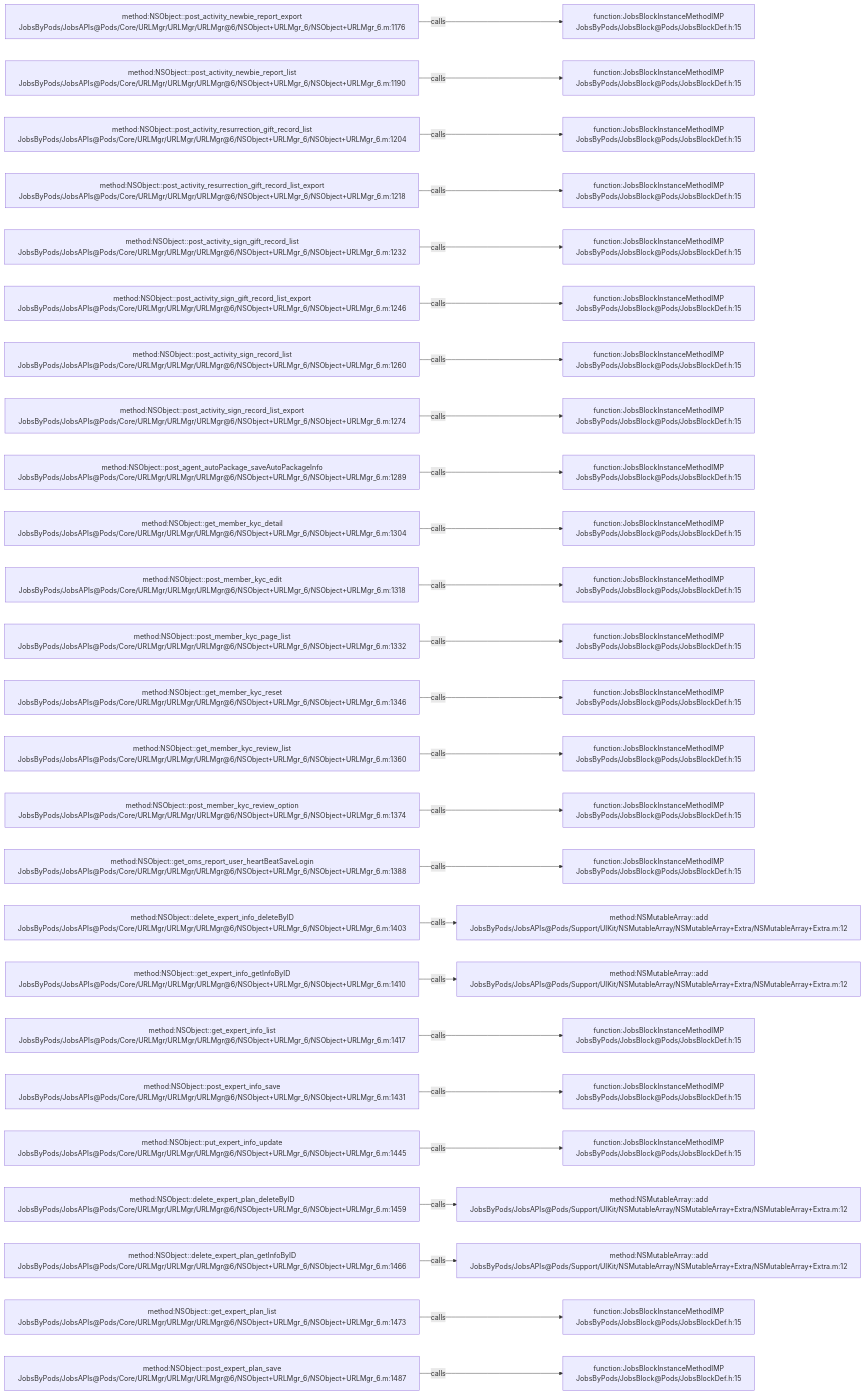
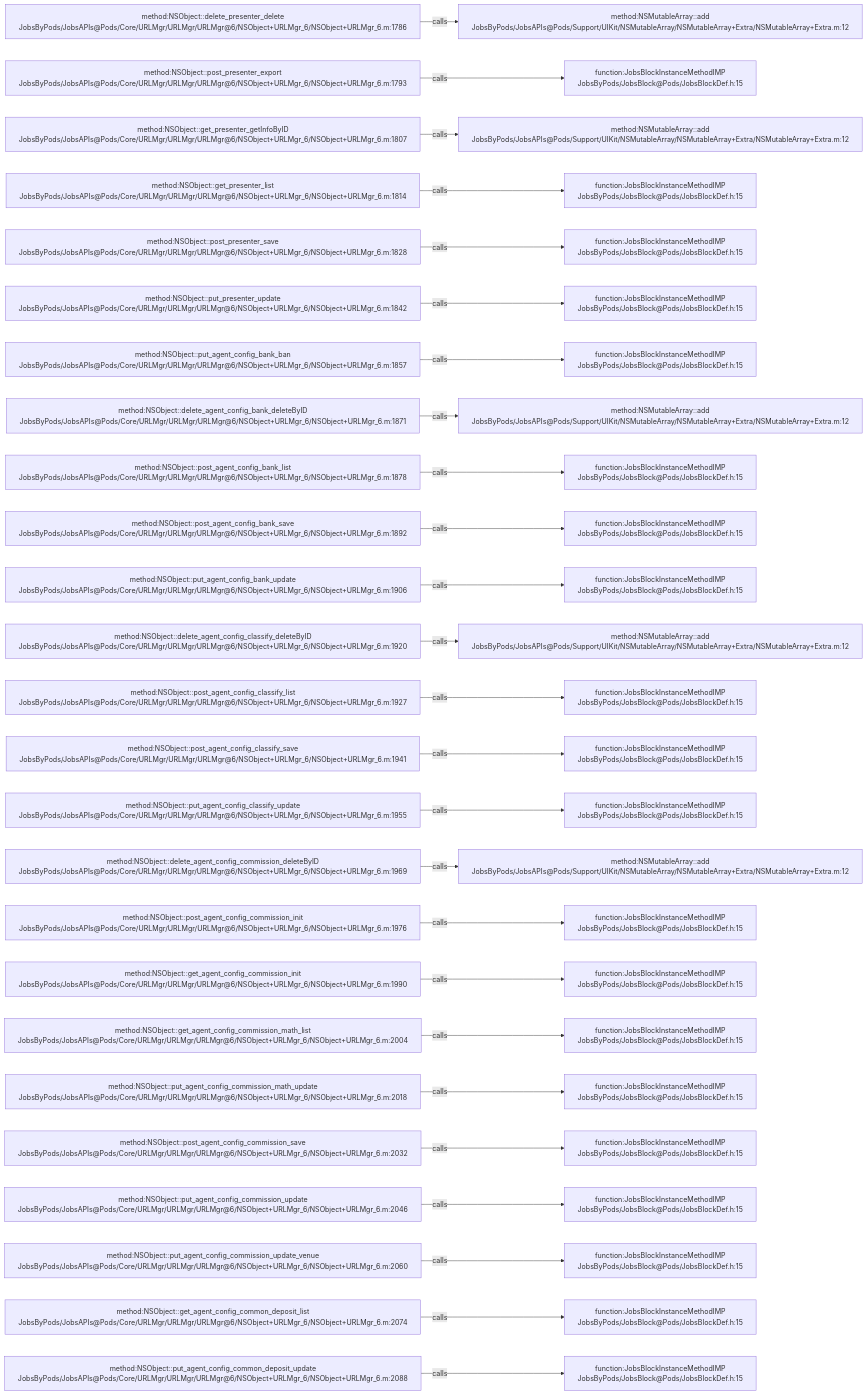
Before and after one commit to JobsKits/JobsOCBaseConfigDemo: the diagram in .codegraph/codegraph.md/graphs/calls-070.md, drawn with Mermaid. The commit also changed 223 other files, not shown here.

````diff
--- a/.codegraph/codegraph.md/graphs/calls-070.md
+++ b/.codegraph/codegraph.md/graphs/calls-070.md
@@ -13,78 +13,78 @@
 ```mermaid
 flowchart LR
-  S1["method:NSObject::post_activity_newbie_report_export<br/>JobsByPods/JobsAPIs@Pods/Core/URLMgr/URLMgr/URLMgr@6/NSObject+URLMgr_6/NSObject+URLMgr_6.m:1176"]
-  T1["function:JobsBlockInstanceMethodIMP<br/>JobsByPods/JobsBlock@Pods/JobsBlockDef.h:15"]
+  S1["method:NSObject::delete_presenter_delete<br/>JobsByPods/JobsAPIs@Pods/Core/URLMgr/URLMgr/URLMgr@6/NSObject+URLMgr_6/NSObject+URLMgr_6.m:1786"]
+  T1["method:NSMutableArray::add<br/>JobsByPods/JobsAPIs@Pods/Support/UIKit/NSMutableArray/NSMutableArray+Extra/NSMutableArray+Extra.m:12"]
   S1 -->|calls| T1
-  S2["method:NSObject::post_activity_newbie_report_list<br/>JobsByPods/JobsAPIs@Pods/Core/URLMgr/URLMgr/URLMgr@6/NSObject+URLMgr_6/NSObject+URLMgr_6.m:1190"]
+  S2["method:NSObject::post_presenter_export<br/>JobsByPods/JobsAPIs@Pods/Core/URLMgr/URLMgr/URLMgr@6/NSObject+URLMgr_6/NSObject+URLMgr_6.m:1793"]
   T2["function:JobsBlockInstanceMethodIMP<br/>JobsByPods/JobsBlock@Pods/JobsBlockDef.h:15"]
   S2 -->|calls| T2
-  S3["method:NSObject::post_activity_resurrection_gift_record_list<br/>JobsByPods/JobsAPIs@Pods/Core/URLMgr/URLMgr/URLMgr@6/NSObject+URLMgr_6/NSObject+URLMgr_6.m:1204"]
-  T3["function:JobsBlockInstanceMethodIMP<br/>JobsByPods/JobsBlock@Pods/JobsBlockDef.h:15"]
+  S3["method:NSObject::get_presenter_getInfoByID<br/>JobsByPods/JobsAPIs@Pods/Core/URLMgr/URLMgr/URLMgr@6/NSObject+URLMgr_6/NSObject+URLMgr_6.m:1807"]
+  T3["method:NSMutableArray::add<br/>JobsByPods/JobsAPIs@Pods/Support/UIKit/NSMutableArray/NSMutableArray+Extra/NSMutableArray+Extra.m:12"]
   S3 -->|calls| T3
-  S4["method:NSObject::post_activity_resurrection_gift_record_list_export<br/>JobsByPods/JobsAPIs@Pods/Core/URLMgr/URLMgr/URLMgr@6/NSObject+URLMgr_6/NSObject+URLMgr_6.m:1218"]
+  S4["method:NSObject::get_presenter_list<br/>JobsByPods/JobsAPIs@Pods/Core/URLMgr/URLMgr/URLMgr@6/NSObject+URLMgr_6/NSObject+URLMgr_6.m:1814"]
   T4["function:JobsBlockInstanceMethodIMP<br/>JobsByPods/JobsBlock@Pods/JobsBlockDef.h:15"]
   S4 -->|calls| T4
-  S5["method:NSObject::post_activity_sign_gift_record_list<br/>JobsByPods/JobsAPIs@Pods/Core/URLMgr/URLMgr/URLMgr@6/NSObject+URLMgr_6/NSObject+URLMgr_6.m:1232"]
+  S5["method:NSObject::post_presenter_save<br/>JobsByPods/JobsAPIs@Pods/Core/URLMgr/URLMgr/URLMgr@6/NSObject+URLMgr_6/NSObject+URLMgr_6.m:1828"]
   T5["function:JobsBlockInstanceMethodIMP<br/>JobsByPods/JobsBlock@Pods/JobsBlockDef.h:15"]
   S5 -->|calls| T5
-  S6["method:NSObject::post_activity_sign_gift_record_list_export<br/>JobsByPods/JobsAPIs@Pods/Core/URLMgr/URLMgr/URLMgr@6/NSObject+URLMgr_6/NSObject+URLMgr_6.m:1246"]
+  S6["method:NSObject::put_presenter_update<br/>JobsByPods/JobsAPIs@Pods/Core/URLMgr/URLMgr/URLMgr@6/NSObject+URLMgr_6/NSObject+URLMgr_6.m:1842"]
   T6["function:JobsBlockInstanceMethodIMP<br/>JobsByPods/JobsBlock@Pods/JobsBlockDef.h:15"]
   S6 -->|calls| T6
-  S7["method:NSObject::post_activity_sign_record_list<br/>JobsByPods/JobsAPIs@Pods/Core/URLMgr/URLMgr/URLMgr@6/NSObject+URLMgr_6/NSObject+URLMgr_6.m:1260"]
+  S7["method:NSObject::put_agent_config_bank_ban<br/>JobsByPods/JobsAPIs@Pods/Core/URLMgr/URLMgr/URLMgr@6/NSObject+URLMgr_6/NSObject+URLMgr_6.m:1857"]
   T7["function:JobsBlockInstanceMethodIMP<br/>JobsByPods/JobsBlock@Pods/JobsBlockDef.h:15"]
   S7 -->|calls| T7
-  S8["method:NSObject::post_activity_sign_record_list_export<br/>JobsByPods/JobsAPIs@Pods/Core/URLMgr/URLMgr/URLMgr@6/NSObject+URLMgr_6/NSObject+URLMgr_6.m:1274"]
-  T8["function:JobsBlockInstanceMethodIMP<br/>JobsByPods/JobsBlock@Pods/JobsBlockDef.h:15"]
+  S8["method:NSObject::delete_agent_config_bank_deleteByID<br/>JobsByPods/JobsAPIs@Pods/Core/URLMgr/URLMgr/URLMgr@6/NSObject+URLMgr_6/NSObject+URLMgr_6.m:1871"]
+  T8["method:NSMutableArray::add<br/>JobsByPods/JobsAPIs@Pods/Support/UIKit/NSMutableArray/NSMutableArray+Extra/NSMutableArray+Extra.m:12"]
   S8 -->|calls| T8
-  S9["method:NSObject::post_agent_autoPackage_saveAutoPackageInfo<br/>JobsByPods/JobsAPIs@Pods/Core/URLMgr/URLMgr/URLMgr@6/NSObject+URLMgr_6/NSObject+URLMgr_6.m:1289"]
+  S9["method:NSObject::post_agent_config_bank_list<br/>JobsByPods/JobsAPIs@Pods/Core/URLMgr/URLMgr/URLMgr@6/NSObject+URLMgr_6/NSObject+URLMgr_6.m:1878"]
   T9["function:JobsBlockInstanceMethodIMP<br/>JobsByPods/JobsBlock@Pods/JobsBlockDef.h:15"]
   S9 -->|calls| T9
-  S10["method:NSObject::get_member_kyc_detail<br/>JobsByPods/JobsAPIs@Pods/Core/URLMgr/URLMgr/URLMgr@6/NSObject+URLMgr_6/NSObject+URLMgr_6.m:1304"]
+  S10["method:NSObject::post_agent_config_bank_save<br/>JobsByPods/JobsAPIs@Pods/Core/URLMgr/URLMgr/URLMgr@6/NSObject+URLMgr_6/NSObject+URLMgr_6.m:1892"]
   T10["function:JobsBlockInstanceMethodIMP<br/>JobsByPods/JobsBlock@Pods/JobsBlockDef.h:15"]
   S10 -->|calls| T10
-  S11["method:NSObject::post_member_kyc_edit<br/>JobsByPods/JobsAPIs@Pods/Core/URLMgr/URLMgr/URLMgr@6/NSObject+URLMgr_6/NSObject+URLMgr_6.m:1318"]
+  S11["method:NSObject::put_agent_config_bank_update<br/>JobsByPods/JobsAPIs@Pods/Core/URLMgr/URLMgr/URLMgr@6/NSObject+URLMgr_6/NSObject+URLMgr_6.m:1906"]
   T11["function:JobsBlockInstanceMethodIMP<br/>JobsByPods/JobsBlock@Pods/JobsBlockDef.h:15"]
   S11 -->|calls| T11
-  S12["method:NSObject::post_member_kyc_page_list<br/>JobsByPods/JobsAPIs@Pods/Core/URLMgr/URLMgr/URLMgr@6/NSObject+URLMgr_6/NSObject+URLMgr_6.m:1332"]
-  T12["function:JobsBlockInstanceMethodIMP<br/>JobsByPods/JobsBlock@Pods/JobsBlockDef.h:15"]
+  S12["method:NSObject::delete_agent_config_classify_deleteByID<br/>JobsByPods/JobsAPIs@Pods/Core/URLMgr/URLMgr/URLMgr@6/NSObject+URLMgr_6/NSObject+URLMgr_6.m:1920"]
+  T12["method:NSMutableArray::add<br/>JobsByPods/JobsAPIs@Pods/Support/UIKit/NSMutableArray/NSMutableArray+Extra/NSMutableArray+Extra.m:12"]
   S12 -->|calls| T12
-  S13["method:NSObject::get_member_kyc_reset<br/>JobsByPods/JobsAPIs@Pods/Core/URLMgr/URLMgr/URLMgr@6/NSObject+URLMgr_6/NSObject+URLMgr_6.m:1346"]
+  S13["method:NSObject::post_agent_config_classify_list<br/>JobsByPods/JobsAPIs@Pods/Core/URLMgr/URLMgr/URLMgr@6/NSObject+URLMgr_6/NSObject+URLMgr_6.m:1927"]
   T13["function:JobsBlockInstanceMethodIMP<br/>JobsByPods/JobsBlock@Pods/JobsBlockDef.h:15"]
   S13 -->|calls| T13
-  S14["method:NSObject::get_member_kyc_review_list<br/>JobsByPods/JobsAPIs@Pods/Core/URLMgr/URLMgr/URLMgr@6/NSObject+URLMgr_6/NSObject+URLMgr_6.m:1360"]
+  S14["method:NSObject::post_agent_config_classify_save<br/>JobsByPods/JobsAPIs@Pods/Core/URLMgr/URLMgr/URLMgr@6/NSObject+URLMgr_6/NSObject+URLMgr_6.m:1941"]
   T14["function:JobsBlockInstanceMethodIMP<br/>JobsByPods/JobsBlock@Pods/JobsBlockDef.h:15"]
   S14 -->|calls| T14
-  S15["method:NSObject::post_member_kyc_review_option<br/>JobsByPods/JobsAPIs@Pods/Core/URLMgr/URLMgr/URLMgr@6/NSObject+URLMgr_6/NSObject+URLMgr_6.m:1374"]
+  S15["method:NSObject::put_agent_config_classify_update<br/>JobsByPods/JobsAPIs@Pods/Core/URLMgr/URLMgr/URLMgr@6/NSObject+URLMgr_6/NSObject+URLMgr_6.m:1955"]
   T15["function:JobsBlockInstanceMethodIMP<br/>JobsByPods/JobsBlock@Pods/JobsBlockDef.h:15"]
   S15 -->|calls| T15
-  S16["method:NSObject::get_oms_report_user_heartBeatSaveLogin<br/>JobsByPods/JobsAPIs@Pods/Core/URLMgr/URLMgr/URLMgr@6/NSObject+URLMgr_6/NSObject+URLMgr_6.m:1388"]
-  T16["function:JobsBlockInstanceMethodIMP<br/>JobsByPods/JobsBlock@Pods/JobsBlockDef.h:15"]
+  S16["method:NSObject::delete_agent_config_commission_deleteByID<br/>JobsByPods/JobsAPIs@Pods/Core/URLMgr/URLMgr/URLMgr@6/NSObject+URLMgr_6/NSObject+URLMgr_6.m:1969"]
+  T16["method:NSMutableArray::add<br/>JobsByPods/JobsAPIs@Pods/Support/UIKit/NSMutableArray/NSMutableArray+Extra/NSMutableArray+Extra.m:12"]
   S16 -->|calls| T16
-  S17["method:NSObject::delete_expert_info_deleteByID<br/>JobsByPods/JobsAPIs@Pods/Core/URLMgr/URLMgr/URLMgr@6/NSObject+URLMgr_6/NSObject+URLMgr_6.m:1403"]
-  T17["method:NSMutableArray::add<br/>JobsByPods/JobsAPIs@Pods/Support/UIKit/NSMutableArray/NSMutableArray+Extra/NSMutableArray+Extra.m:12"]
+  S17["method:NSObject::post_agent_config_commission_init<br/>JobsByPods/JobsAPIs@Pods/Core/URLMgr/URLMgr/URLMgr@6/NSObject+URLMgr_6/NSObject+URLMgr_6.m:1976"]
+  T17["function:JobsBlockInstanceMethodIMP<br/>JobsByPods/JobsBlock@Pods/JobsBlockDef.h:15"]
   S17 -->|calls| T17
-  S18["method:NSObject::get_expert_info_getInfoByID<br/>JobsByPods/JobsAPIs@Pods/Core/URLMgr/URLMgr/URLMgr@6/NSObject+URLMgr_6/NSObject+URLMgr_6.m:1410"]
-  T18["method:NSMutableArray::add<br/>JobsByPods/JobsAPIs@Pods/Support/UIKit/NSMutableArray/NSMutableArray+Extra/NSMutableArray+Extra.m:12"]
+  S18["method:NSObject::get_agent_config_commission_init<br/>JobsByPods/JobsAPIs@Pods/Core/URLMgr/URLMgr/URLMgr@6/NSObject+URLMgr_6/NSObject+URLMgr_6.m:1990"]
+  T18["function:JobsBlockInstanceMethodIMP<br/>JobsByPods/JobsBlock@Pods/JobsBlockDef.h:15"]
   S18 -->|calls| T18
-  S19["method:NSObject::get_expert_info_list<br/>JobsByPods/JobsAPIs@Pods/Core/URLMgr/URLMgr/URLMgr@6/NSObject+URLMgr_6/NSObject+URLMgr_6.m:1417"]
+  S19["method:NSObject::get_agent_config_commission_math_list<br/>JobsByPods/JobsAPIs@Pods/Core/URLMgr/URLMgr/URLMgr@6/NSObject+URLMgr_6/NSObject+URLMgr_6.m:2004"]
   T19["function:JobsBlockInstanceMethodIMP<br/>JobsByPods/JobsBlock@Pods/JobsBlockDef.h:15"]
   S19 -->|calls| T19
-  S20["method:NSObject::post_expert_info_save<br/>JobsByPods/JobsAPIs@Pods/Core/URLMgr/URLMgr/URLMgr@6/NSObject+URLMgr_6/NSObject+URLMgr_6.m:1431"]
+  S20["method:NSObject::put_agent_config_commission_math_update<br/>JobsByPods/JobsAPIs@Pods/Core/URLMgr/URLMgr/URLMgr@6/NSObject+URLMgr_6/NSObject+URLMgr_6.m:2018"]
   T20["function:JobsBlockInstanceMethodIMP<br/>JobsByPods/JobsBlock@Pods/JobsBlockDef.h:15"]
   S20 -->|calls| T20
-  S21["method:NSObject::put_expert_info_update<br/>JobsByPods/JobsAPIs@Pods/Core/URLMgr/URLMgr/URLMgr@6/NSObject+URLMgr_6/NSObject+URLMgr_6.m:1445"]
+  S21["method:NSObject::post_agent_config_commission_save<br/>JobsByPods/JobsAPIs@Pods/Core/URLMgr/URLMgr/URLMgr@6/NSObject+URLMgr_6/NSObject+URLMgr_6.m:2032"]
   T21["function:JobsBlockInstanceMethodIMP<br/>JobsByPods/JobsBlock@Pods/JobsBlockDef.h:15"]
   S21 -->|calls| T21
-  S22["method:NSObject::delete_expert_plan_deleteByID<br/>JobsByPods/JobsAPIs@Pods/Core/URLMgr/URLMgr/URLMgr@6/NSObject+URLMgr_6/NSObject+URLMgr_6.m:1459"]
-  T22["method:NSMutableArray::add<br/>JobsByPods/JobsAPIs@Pods/Support/UIKit/NSMutableArray/NSMutableArray+Extra/NSMutableArray+Extra.m:12"]
+  S22["method:NSObject::put_agent_config_commission_update<br/>JobsByPods/JobsAPIs@Pods/Core/URLMgr/URLMgr/URLMgr@6/NSObject+URLMgr_6/NSObject+URLMgr_6.m:2046"]
+  T22["function:JobsBlockInstanceMethodIMP<br/>JobsByPods/JobsBlock@Pods/JobsBlockDef.h:15"]
   S22 -->|calls| T22
-  S23["method:NSObject::delete_expert_plan_getInfoByID<br/>JobsByPods/JobsAPIs@Pods/Core/URLMgr/URLMgr/URLMgr@6/NSObject+URLMgr_6/NSObject+URLMgr_6.m:1466"]
-  T23["method:NSMutableArray::add<br/>JobsByPods/JobsAPIs@Pods/Support/UIKit/NSMutableArray/NSMutableArray+Extra/NSMutableArray+Extra.m:12"]
+  S23["method:NSObject::put_agent_config_commission_update_venue<br/>JobsByPods/JobsAPIs@Pods/Core/URLMgr/URLMgr/URLMgr@6/NSObject+URLMgr_6/NSObject+URLMgr_6.m:2060"]
+  T23["function:JobsBlockInstanceMethodIMP<br/>JobsByPods/JobsBlock@Pods/JobsBlockDef.h:15"]
   S23 -->|calls| T23
-  S24["method:NSObject::get_expert_plan_list<br/>JobsByPods/JobsAPIs@Pods/Core/URLMgr/URLMgr/URLMgr@6/NSObject+URLMgr_6/NSObject+URLMgr_6.m:1473"]
+  S24["method:NSObject::get_agent_config_common_deposit_list<br/>JobsByPods/JobsAPIs@Pods/Core/URLMgr/URLMgr/URLMgr@6/NSObject+URLMgr_6/NSObject+URLMgr_6.m:2074"]
   T24["function:JobsBlockInstanceMethodIMP<br/>JobsByPods/JobsBlock@Pods/JobsBlockDef.h:15"]
   S24 -->|calls| T24
-  S25["method:NSObject::post_expert_plan_save<br/>JobsByPods/JobsAPIs@Pods/Core/URLMgr/URLMgr/URLMgr@6/NSObject+URLMgr_6/NSObject+URLMgr_6.m:1487"]
+  S25["method:NSObject::put_agent_config_common_deposit_update<br/>JobsByPods/JobsAPIs@Pods/Core/URLMgr/URLMgr/URLMgr@6/NSObject+URLMgr_6/NSObject+URLMgr_6.m:2088"]
   T25["function:JobsBlockInstanceMethodIMP<br/>JobsByPods/JobsBlock@Pods/JobsBlockDef.h:15"]
   S25 -->|calls| T25
 ```
````
